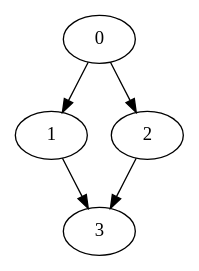
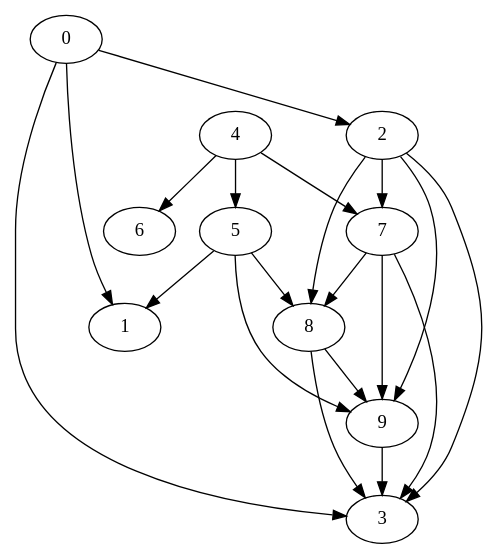
One commit to mohan-cao/revilo changed the diagram in input-output.dot. Above: the diagram before and after it, drawn with Graphviz. The commit also changed 1 other file, not shown here.

```diff
--- a/input-output.dot
+++ b/input-output.dot
@@ -1,10 +1,31 @@
 digraph "new graph" {
-		0 -> 1	[Weight=1];
-		0 -> 2	[Weight=2];
-		1 -> 3	[Weight=2];
-		2 -> 3	[Weight=1];
-		0		[Weight=1,Start=0,Processor=0];
-		1		[Weight=2,Start=1,Processor=0];
-		2		[Weight=3,Start=3,Processor=0];
-		3		[Weight=4,Start=6,Processor=0];
+		0 -> 1	[Weight=34];
+		0 -> 2	[Weight=24];
+		0 -> 3	[Weight=44];
+		2 -> 3	[Weight=39];
+		2 -> 7	[Weight=10];
+		2 -> 8	[Weight=48];
+		2 -> 9	[Weight=48];
+		4 -> 5	[Weight=48];
+		4 -> 6	[Weight=19];
+		4 -> 7	[Weight=39];
+		5 -> 1	[Weight=10];
+		5 -> 8	[Weight=48];
+		5 -> 9	[Weight=48];
+		7 -> 3	[Weight=29];
+		7 -> 8	[Weight=15];
+		7 -> 9	[Weight=39];
+		8 -> 3	[Weight=34];
+		8 -> 9	[Weight=15];
+		9 -> 3	[Weight=39];
+		0		[Weight=6,Start=0,Processor=0];
+		1		[Weight=10,Start=6,Processor=0];
+		2		[Weight=3,Start=11,Processor=0];
+		3		[Weight=8,Start=14,Processor=0];
+		4		[Weight=5,Start=19,Processor=0];
+		5		[Weight=5,Start=26,Processor=0];
+		6		[Weight=7,Start=36,Processor=0];
+		7		[Weight=8,Start=44,Processor=0];
+		8		[Weight=3,Start=47,Processor=0];
+		9		[Weight=8,Start=55,Processor=0];
 }
```
